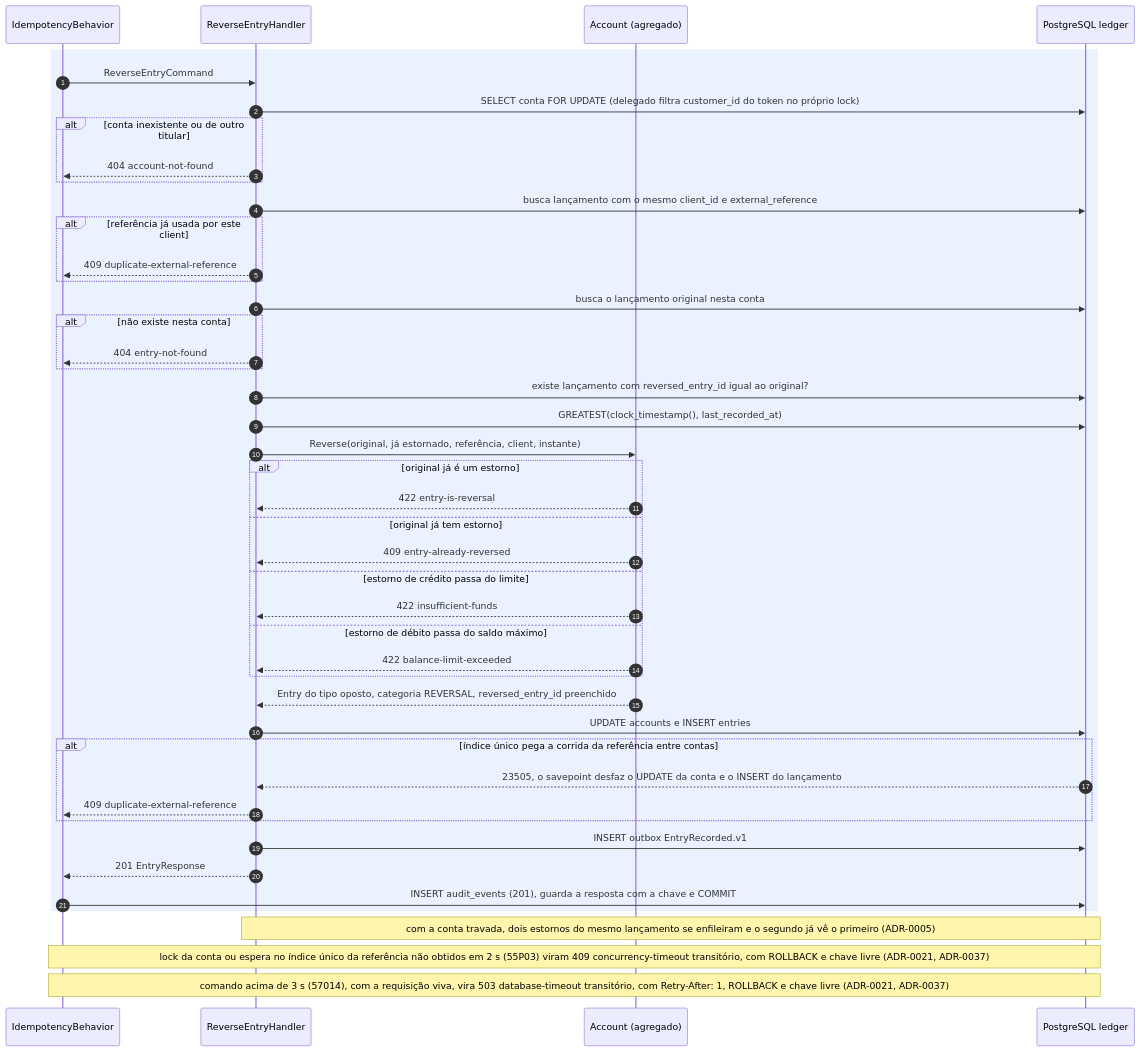
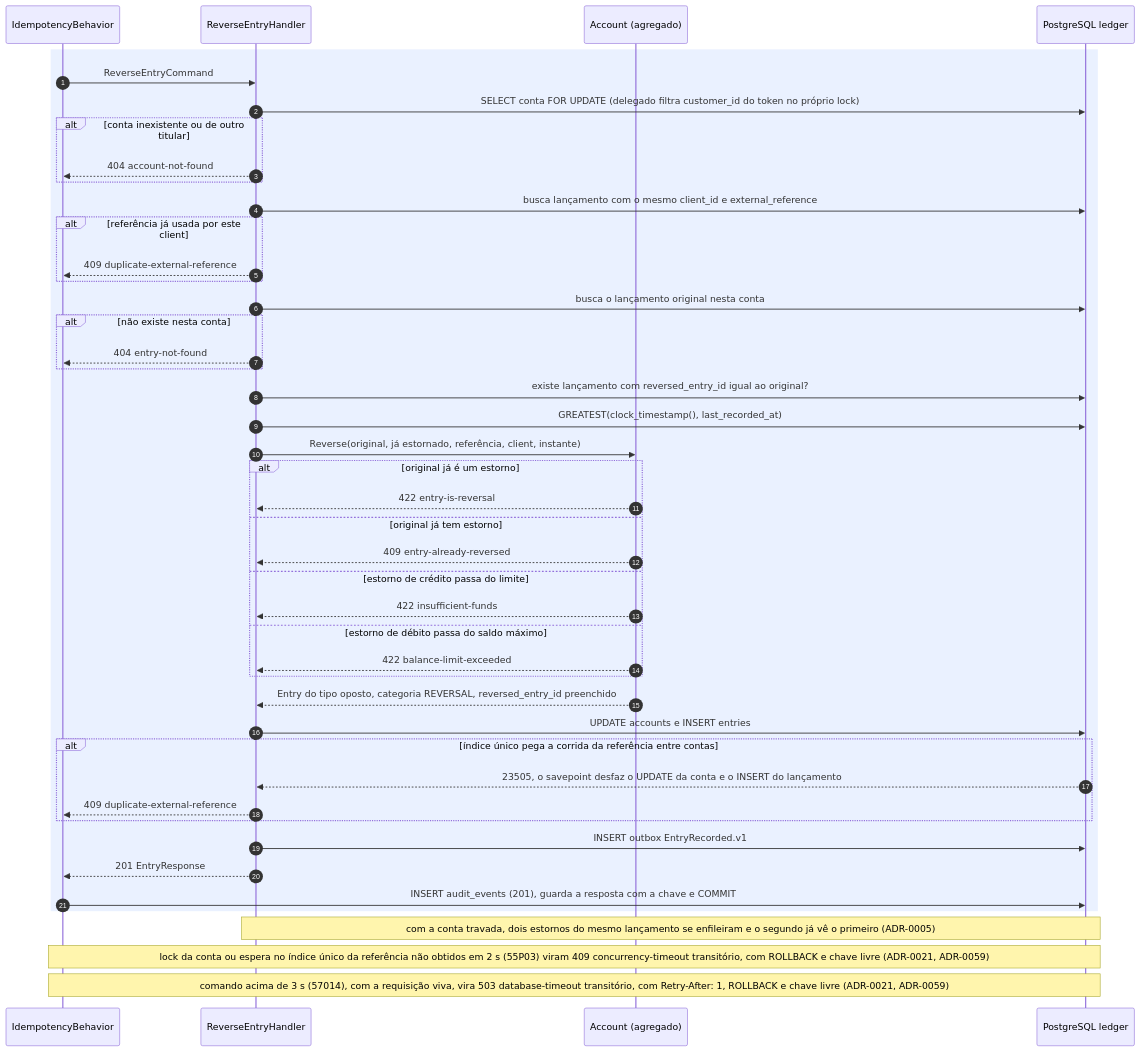
Before and after one commit to arthuurw/desafio-arquiteto-keyrus: the second of 8 diagrams in docs/arquitetura/fluxos-ledger.md, drawn with Mermaid. The commit also changed other lines of this file and 73 other files, not shown here.

````diff
--- a/docs/arquitetura/fluxos-ledger.md
+++ b/docs/arquitetura/fluxos-ledger.md
@@ -77,48 +77,48 @@
 ```mermaid
 sequenceDiagram
   autonumber
   participant B as IdempotencyBehavior
   participant H as ReverseEntryHandler
   participant A as Account (agregado)
   participant DB as PostgreSQL ledger
 
   rect rgba(80, 140, 255, 0.12)
     B->>H: ReverseEntryCommand
     H->>DB: SELECT conta FOR UPDATE (delegado filtra customer_id do token no próprio lock)
     alt conta inexistente ou de outro titular
       H-->>B: 404 account-not-found
     end
     H->>DB: busca lançamento com o mesmo client_id e external_reference
     alt referência já usada por este client
       H-->>B: 409 duplicate-external-reference
     end
     H->>DB: busca o lançamento original nesta conta
     alt não existe nesta conta
       H-->>B: 404 entry-not-found
     end
     H->>DB: existe lançamento com reversed_entry_id igual ao original?
     H->>DB: GREATEST(clock_timestamp(), last_recorded_at)
     H->>A: Reverse(original, já estornado, referência, client, instante)
     alt original já é um estorno
       A-->>H: 422 entry-is-reversal
     else original já tem estorno
       A-->>H: 409 entry-already-reversed
     else estorno de crédito passa do limite
       A-->>H: 422 insufficient-funds
     else estorno de débito passa do saldo máximo
       A-->>H: 422 balance-limit-exceeded
     end
     A-->>H: Entry do tipo oposto, categoria REVERSAL, reversed_entry_id preenchido
     H->>DB: UPDATE accounts e INSERT entries
     alt índice único pega a corrida da referência entre contas
       DB-->>H: 23505, o savepoint desfaz o UPDATE da conta e o INSERT do lançamento
       H-->>B: 409 duplicate-external-reference
     end
     H->>DB: INSERT outbox EntryRecorded.v1
     H-->>B: 201 EntryResponse
     B->>DB: INSERT audit_events (201), guarda a resposta com a chave e COMMIT
   end
   Note over H,DB: com a conta travada, dois estornos do mesmo lançamento se enfileiram e o segundo já vê o primeiro (ADR-0005)
-  Note over B,DB: lock da conta ou espera no índice único da referência não obtidos em 2 s (55P03) viram 409 concurrency-timeout transitório, com ROLLBACK e chave livre (ADR-0021, ADR-0037)
-  Note over B,DB: comando acima de 3 s (57014), com a requisição viva, vira 503 database-timeout transitório, com Retry-After: 1, ROLLBACK e chave livre (ADR-0021, ADR-0037)
+  Note over B,DB: lock da conta ou espera no índice único da referência não obtidos em 2 s (55P03) viram 409 concurrency-timeout transitório, com ROLLBACK e chave livre (ADR-0021, ADR-0059)
+  Note over B,DB: comando acima de 3 s (57014), com a requisição viva, vira 503 database-timeout transitório, com Retry-After: 1, ROLLBACK e chave livre (ADR-0021, ADR-0059)
 ```
````
